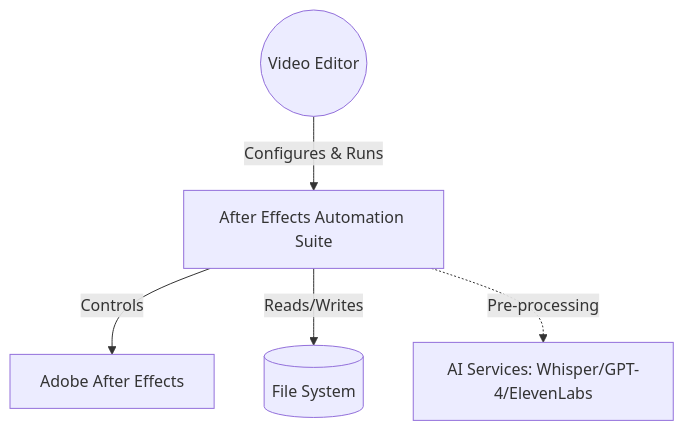
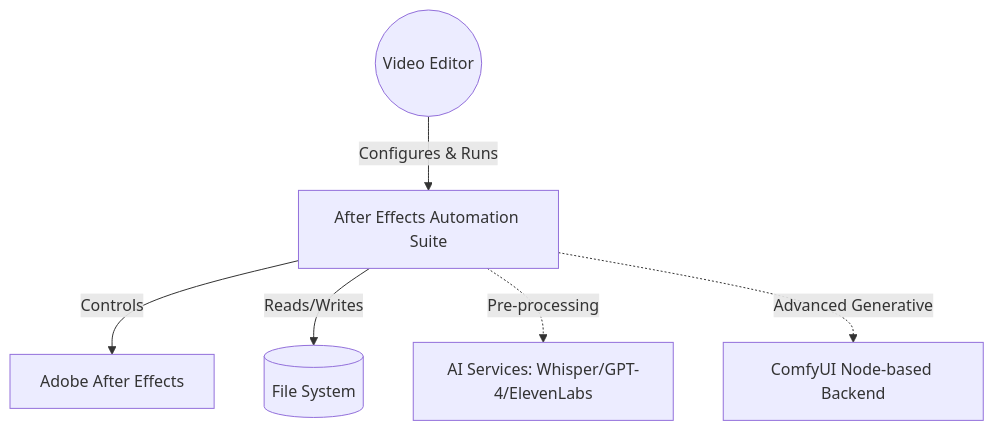
One commit to soewal19/myScryptsMotionDesign changed the first of 4 diagrams in task2/C4_Architecture.md. Above: the diagram before and after it, drawn with Mermaid. The commit also changed other lines of this file and 3 other files, not shown here.

````diff
--- a/task2/C4_Architecture.md
+++ b/task2/C4_Architecture.md
@@ -8,13 +8,15 @@
 ```mermaid
 graph TD
     User((Video Editor))
     System[After Effects Automation Suite]
     AE[Adobe After Effects]
     FS[(File System)]
     AI[AI Services: Whisper/GPT-4/ElevenLabs]
+    Comfy[ComfyUI Node-based Backend]
 
     User -->|Configures & Runs| System
     System -->|Controls| AE
     System -->|Reads/Writes| FS
     System -.->|Pre-processing| AI
+    System -.->|Advanced Generative| Comfy
 ```
````
